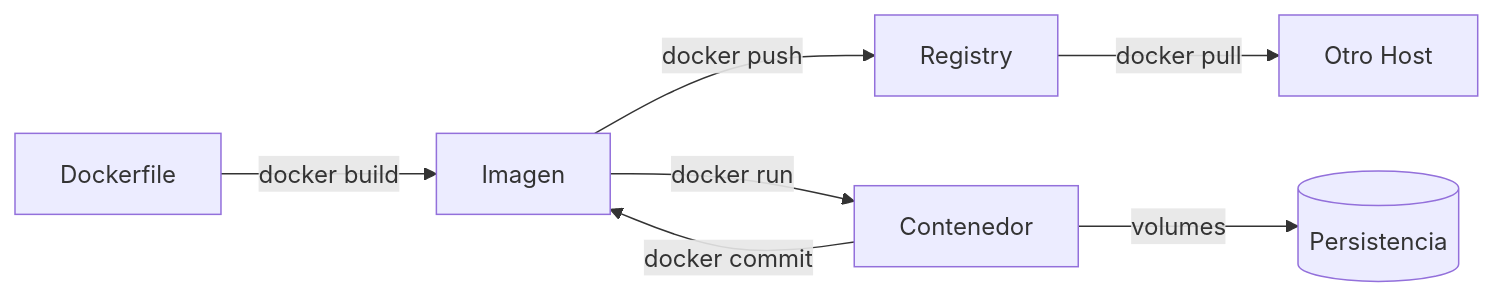
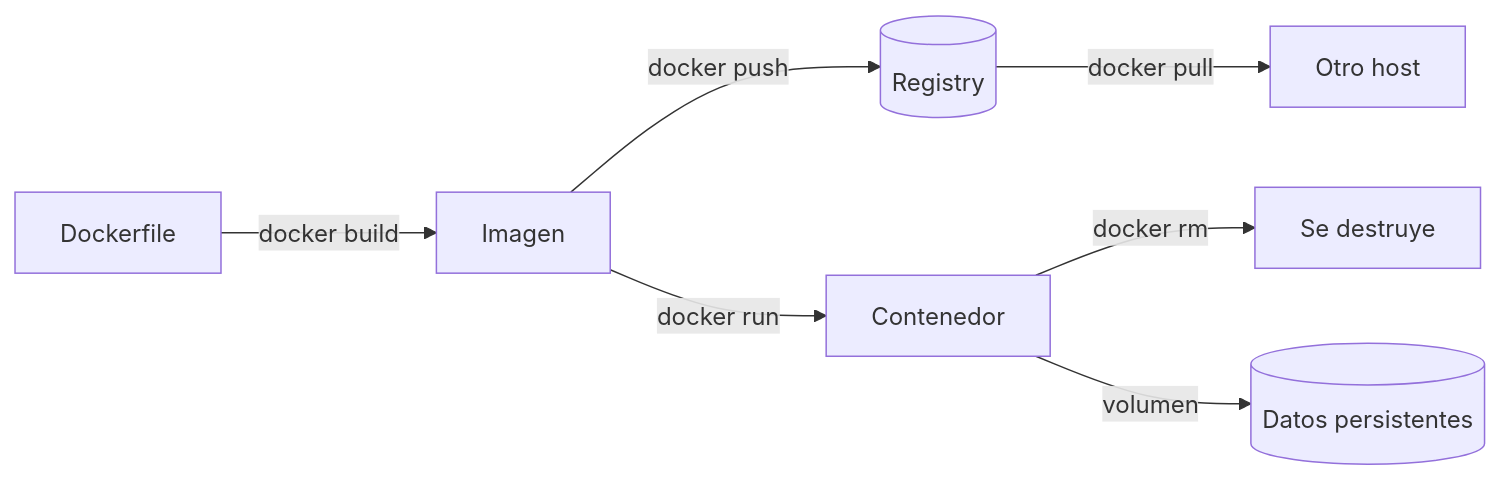
Before and after one commit to danystarrkk/Brain: the diagram in 10 - Desarrollo/DevOps/Docker/Docker - Fundamentos y Conceptos.md, drawn with Mermaid. The commit also changed other lines of this file and 7 other files, not shown here.

````diff
--- a/10 - Desarrollo/DevOps/Docker/Docker - Fundamentos y Conceptos.md
+++ b/10 - Desarrollo/DevOps/Docker/Docker - Fundamentos y Conceptos.md
@@ -211,9 +132,9 @@
 ```mermaid
 graph LR
     A[Dockerfile] -->|docker build| B[Imagen]
-    B -->|docker push| C[Registry]
-    C -->|docker pull| D[Otro Host]
+    B -->|docker push| C[(Registry)]
+    C -->|docker pull| D[Otro host]
     B -->|docker run| E[Contenedor]
-    E -->|docker commit| B
-    E -->|volumes| F[(Persistencia)]
+    E -->|docker rm| F[Se destruye]
+    E -->|volumen| G[(Datos persistentes)]
 ```
````
